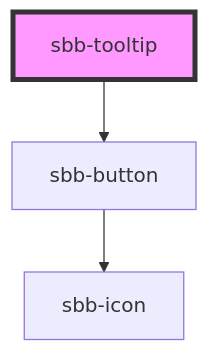
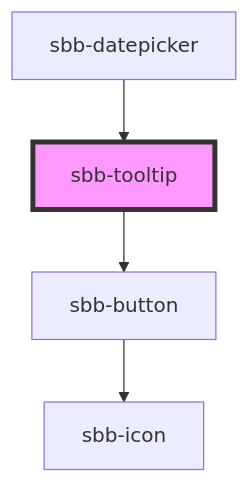
Before and after one commit to sbb-design-systems/lyne-components: the diagram in src/components/sbb-tooltip/readme.md, drawn with Mermaid. The commit also changed other lines of this file and 3 other files, not shown here.

````diff
--- a/src/components/sbb-tooltip/readme.md
+++ b/src/components/sbb-tooltip/readme.md
@@ -143,6 +147,7 @@
 ```mermaid
 graph TD;
   sbb-tooltip --> sbb-button
   sbb-button --> sbb-icon
+  sbb-datepicker --> sbb-tooltip
   style sbb-tooltip fill:#f9f,stroke:#333,stroke-width:4px
 ```
````
